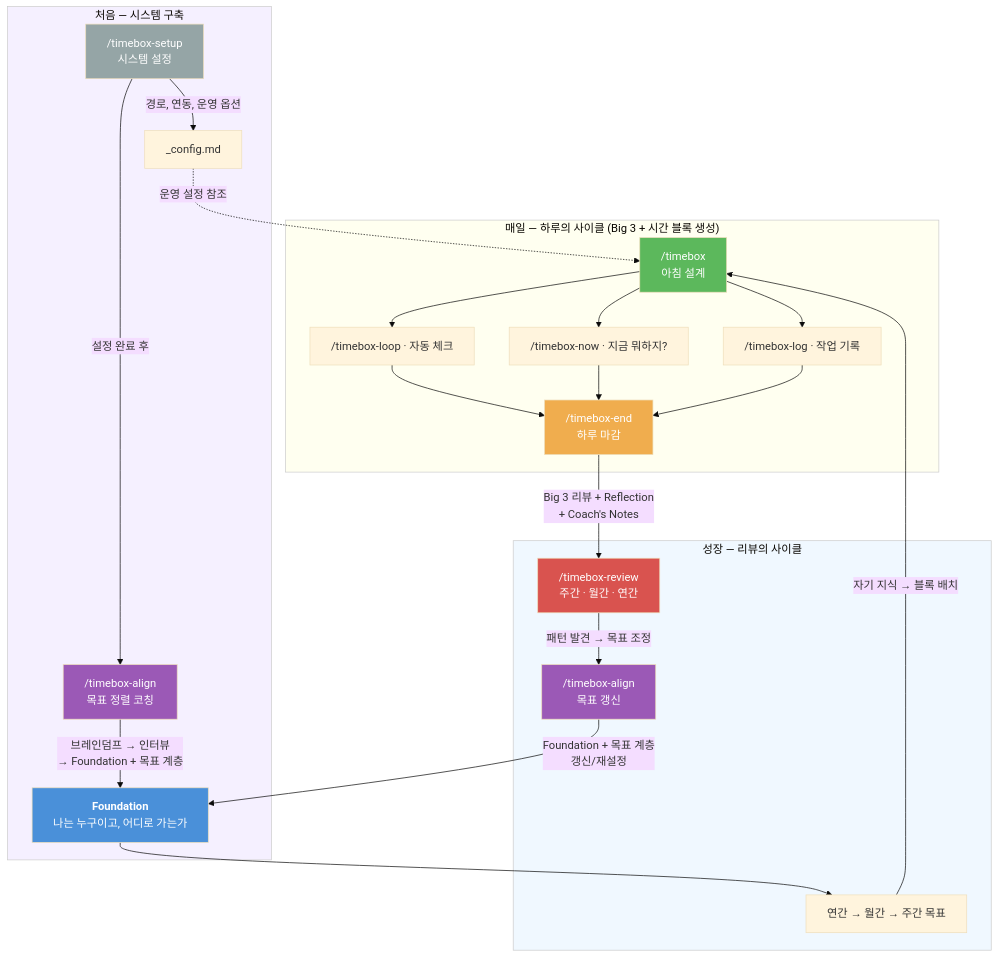
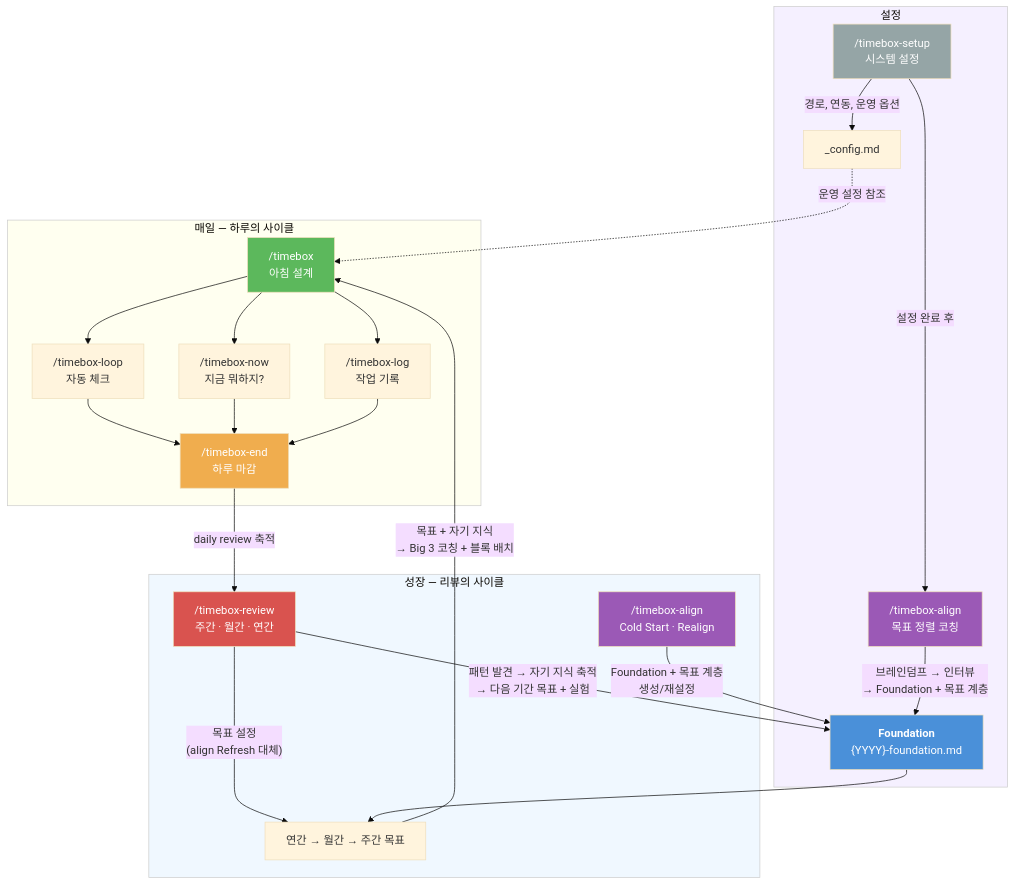
One commit to bingl2/llm-tools changed the diagram in timebox/README.md. Above: the diagram before and after it, drawn with Mermaid (base theme). The commit also changed other lines of this file, not shown here.

First line of the commit message:
docs(timebox): README 전면 재작성 — 스토리 제거, 커맨드 레퍼런스 단순화

````diff
--- a/timebox/README.md
+++ b/timebox/README.md
@@ -54,39 +30,40 @@
 ```mermaid
 graph TD
-    subgraph INIT ["처음 — 시스템 구축"]
+    subgraph INIT ["설정"]
         SETUP["/timebox-setup<br/>시스템 설정"] -->|"경로, 연동, 운영 옵션"| CONFIG["_config.md"]
         SETUP -->|"설정 완료 후"| ALIGN_INIT["/timebox-align<br/>목표 정렬 코칭"]
         ALIGN_INIT -->|"브레인덤프 → 인터뷰<br/>→ Foundation + 목표 계층"| F
     end
 
-    subgraph DAILY ["매일 — 하루의 사이클 (Big 3 + 시간 블록 생성)"]
+    subgraph DAILY ["매일 — 하루의 사이클"]
         TB["/timebox<br/>아침 설계"]
-        TB --> LOOP["/timebox-loop · 자동 체크"]
-        TB --> NOW["/timebox-now · 지금 뭐하지?"]
-        TB --> LOG["/timebox-log · 작업 기록"]
+        TB --> LOOP["/timebox-loop<br/>자동 체크"]
+        TB --> NOW["/timebox-now<br/>지금 뭐하지?"]
+        TB --> LOG["/timebox-log<br/>작업 기록"]
         LOOP --> END["/timebox-end<br/>하루 마감"]
         NOW --> END
         LOG --> END
     end
 
     subgraph GROWTH ["성장 — 리뷰의 사이클"]
-        END -->|"Big 3 리뷰 + Reflection<br/>+ Coach's Notes"| REV["/timebox-review<br/>주간 · 월간 · 연간"]
-        REV -->|"패턴 발견 → 목표 조정"| ALIGN["/timebox-align<br/>목표 갱신"]
-        ALIGN -->|"Foundation + 목표 계층<br/>갱신/재설정"| F["<b>Foundation</b><br/>나는 누구이고, 어디로 가는가"]
+        END -->|"daily review 축적"| REV["/timebox-review<br/>주간 · 월간 · 연간"]
+        REV -->|"패턴 발견 → 자기 지식 축적<br/>→ 다음 기간 목표 + 실험"| F["<b>Foundation</b><br/>{YYYY}-foundation.md"]
+        REV -->|"목표 설정<br/>(align Refresh 대체)"| G
+        ALIGN["/timebox-align<br/>Cold Start · Realign"] -->|"Foundation + 목표 계층<br/>생성/재설정"| F
         F --> G["연간 → 월간 → 주간 목표"]
     end
 
-    G -->|"자기 지식 → 블록 배치"| TB
+    G -->|"목표 + 자기 지식<br/>→ Big 3 코칭 + 블록 배치"| TB
     CONFIG -.->|"운영 설정 참조"| TB
 
     style INIT fill:#f5f0ff,stroke:#ccc
     style DAILY fill:#fffff0,stroke:#ccc
     style GROWTH fill:#f0f8ff,stroke:#ccc
     style F fill:#4a90d9,color:#fff
     style REV fill:#d9534f,color:#fff
     style TB fill:#5cb85c,color:#fff
     style END fill:#f0ad4e,color:#fff
     style ALIGN fill:#9b59b6,color:#fff
     style ALIGN_INIT fill:#9b59b6,color:#fff
     style SETUP fill:#95a5a6,color:#fff
 ```
````
